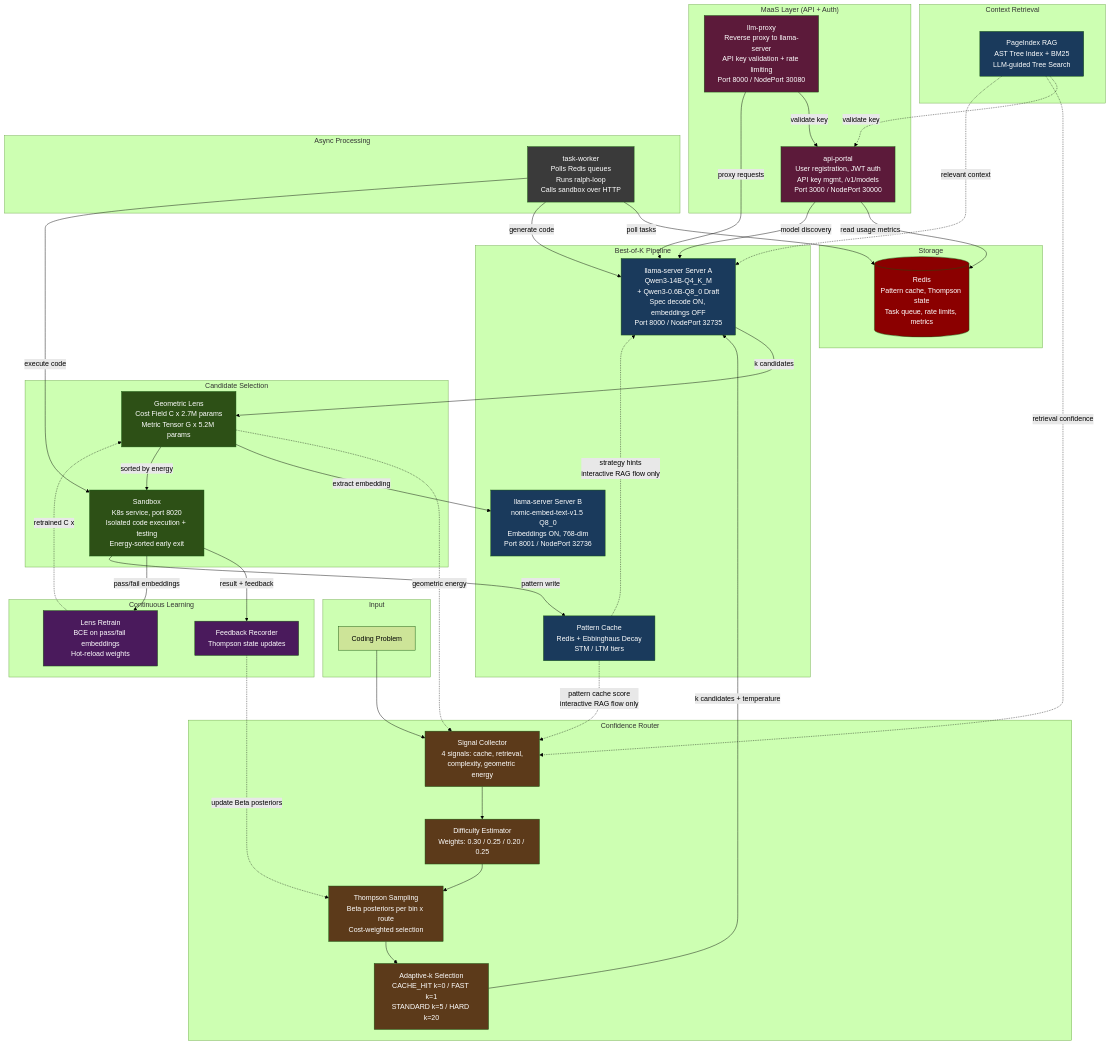
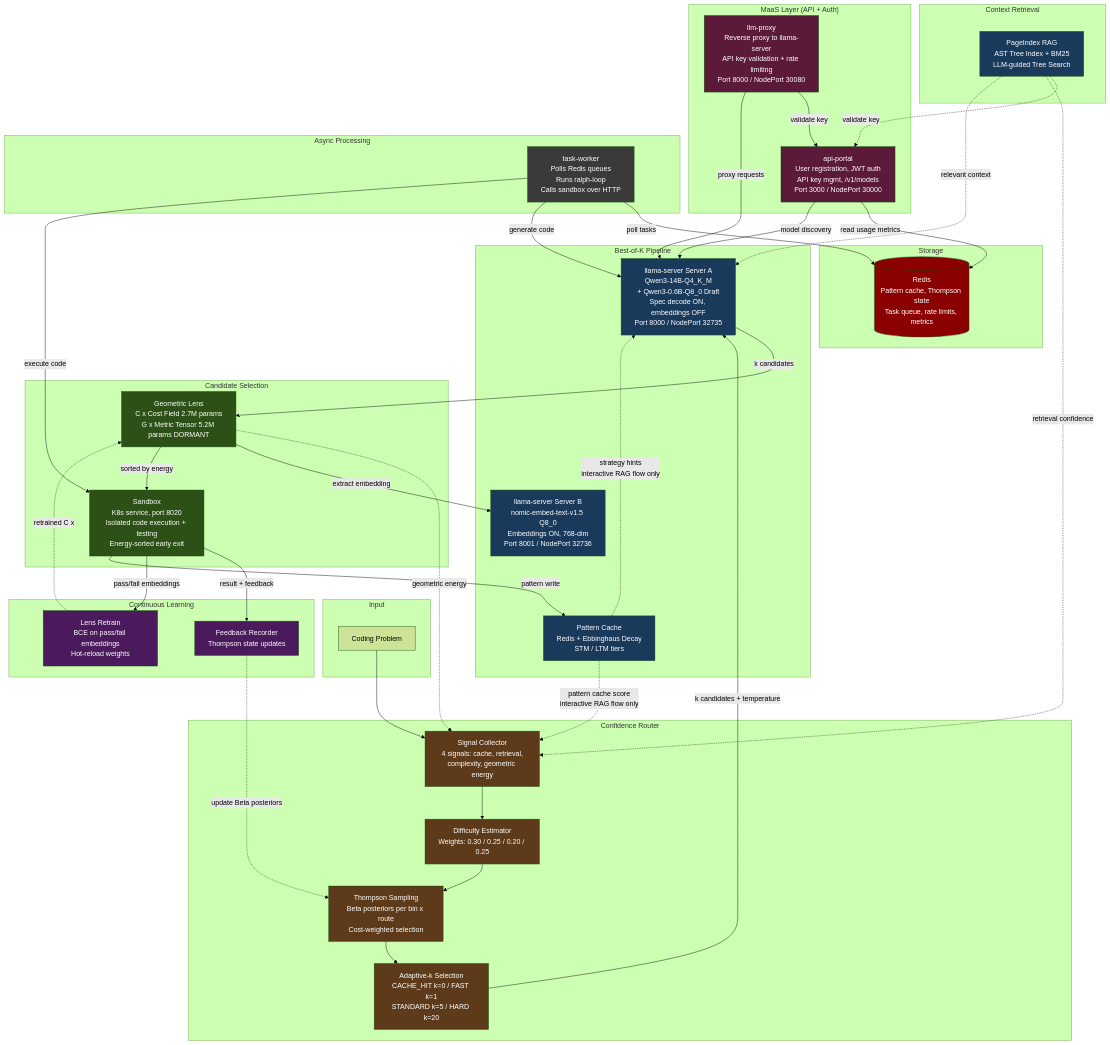
Before and after one commit to itigges22/ATLAS: the diagram in docs/architecture-diagram.md, drawn with Mermaid (forest theme). The commit also changed other lines of this file and 4 other files, not shown here.

```diff
--- a/docs/architecture-diagram.md
+++ b/docs/architecture-diagram.md
@@ -27,7 +27,7 @@
   end
 
   subgraph Evaluation["Candidate Selection"]
-    GL[Geometric Lens<br/>Cost Field C x 2.7M params<br/>Metric Tensor G x 5.2M params]
+    GL[Geometric Lens<br/>C x Cost Field 2.7M params<br/>G x Metric Tensor 5.2M params DORMANT]
     SB[Sandbox<br/>K8s service, port 8020<br/>Isolated code execution + testing<br/>Energy-sorted early exit]
   end
 
```
